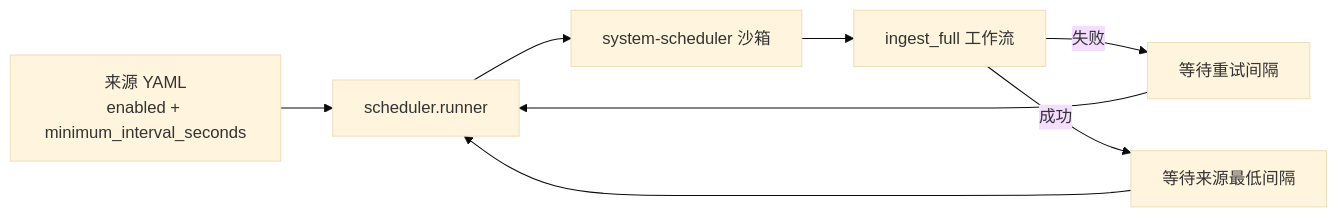
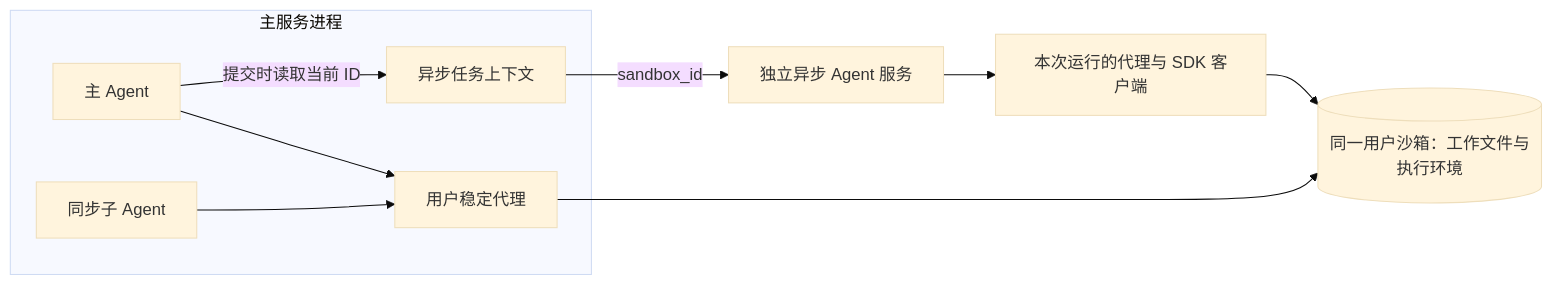
One commit to greenC2h/ThreatWeave changed diagram 18 of 33 in doc/PROJECT_DOCUMENTATION.md. Above: the diagram before and after it, drawn with Mermaid (base theme). The commit also changed other lines of this file and 9 other files, not shown here.

````diff
--- a/doc/PROJECT_DOCUMENTATION.md
+++ b/doc/PROJECT_DOCUMENTATION.md
@@ -626,10 +1402,12 @@
 ```mermaid
 flowchart LR
-    YAML["来源 YAML<br/>enabled + minimum_interval_seconds"] --> LOOP["scheduler.runner"]
-    LOOP --> SB["system-scheduler 沙箱"]
-    SB --> WF["ingest_full 工作流"]
-    WF -->|"失败"| RETRY["等待重试间隔"]
-    WF -->|"成功"| WAIT["等待来源最低间隔"]
-    RETRY --> LOOP
-    WAIT --> LOOP
+    subgraph MAIN["主服务进程"]
+        MAINAGENT["主 Agent"] --> PROXY["用户稳定代理"]
+        HANDLE["同步子 Agent"] --> PROXY
+        MAINAGENT -->|提交时读取当前 ID| SUBMIT["异步任务上下文"]
+    end
+    PROXY --> WORKSPACE[("同一用户沙箱：工作文件与执行环境")]
+    SUBMIT -->|sandbox_id| ASYNC["独立异步 Agent 服务"]
+    ASYNC --> CLIENT["本次运行的代理与 SDK 客户端"]
+    CLIENT --> WORKSPACE
 ```
````
